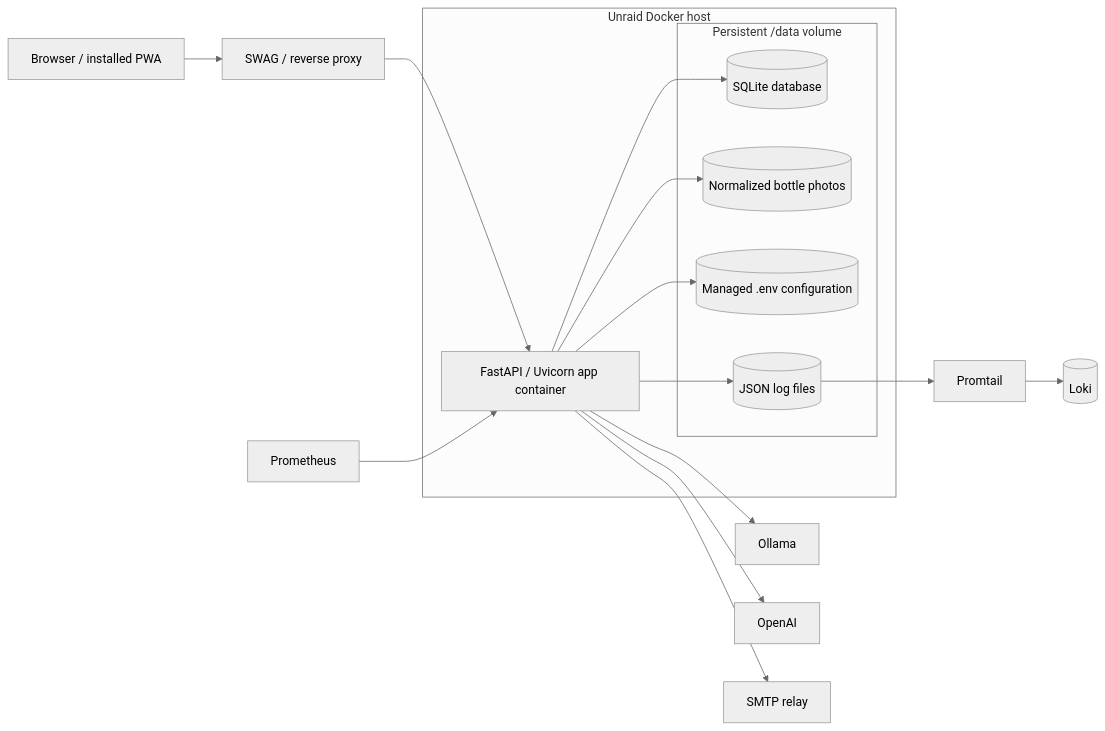
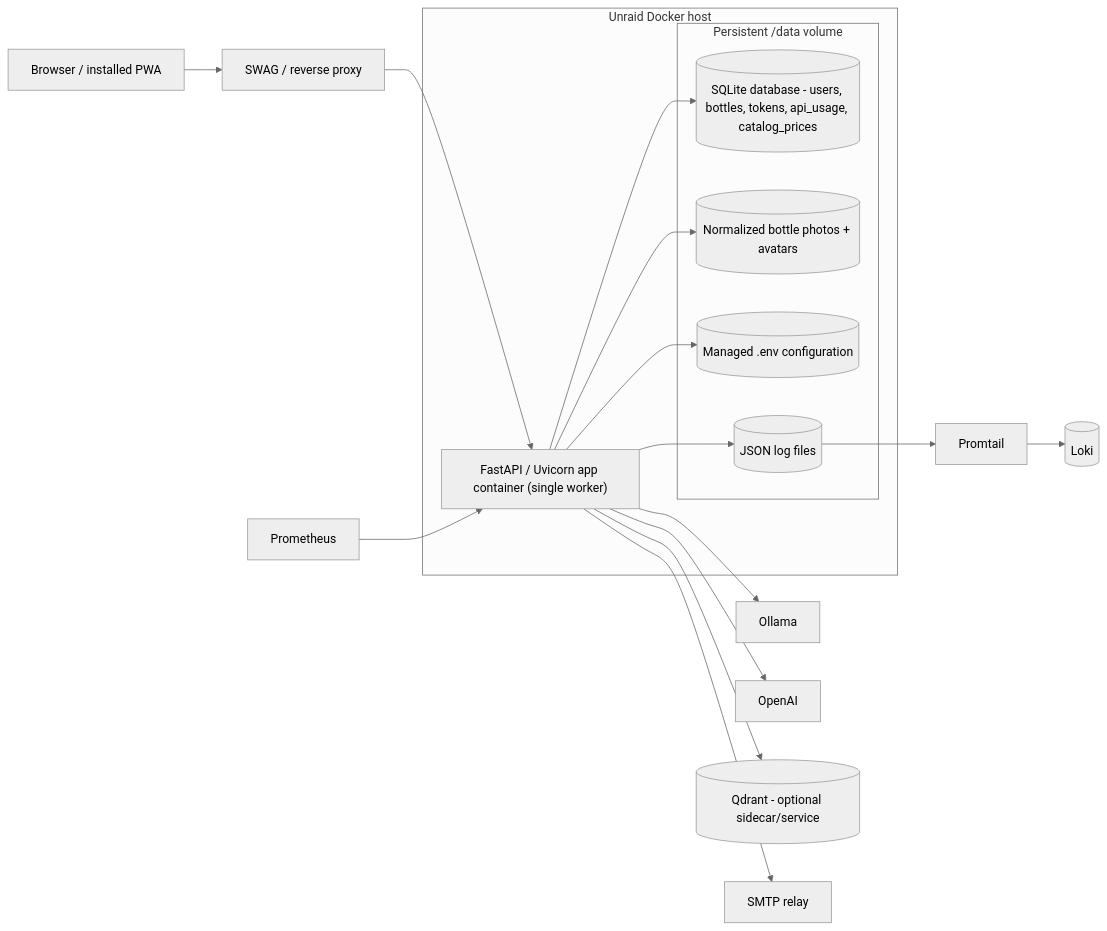
The diagram in docs/architecture/c2-containers.md (adhatcher-org/bourbonbook), drawn with Mermaid (neutral theme) before and after one commit. The commit also changed other lines of this file and 50 other files, not shown here.

````diff
--- a/docs/architecture/c2-containers.md
+++ b/docs/architecture/c2-containers.md
@@ -9,37 +10,39 @@
 ```mermaid
 flowchart LR
   browser[Browser / installed PWA]
   swag[SWAG / reverse proxy]
 
   subgraph docker["Unraid Docker host"]
-    app[FastAPI / Uvicorn app container]
+    app["FastAPI / Uvicorn app container (single worker)"]
 
     subgraph data["Persistent /data volume"]
-      sqlite[(SQLite database)]
-      uploads[(Normalized bottle photos)]
+      sqlite[(SQLite database - users, bottles, tokens, api_usage, catalog_prices)]
+      uploads[(Normalized bottle photos + avatars)]
       config[(Managed .env configuration)]
       logs[(JSON log files)]
     end
   end
 
   ollama[Ollama]
   openai[OpenAI]
+  qdrant[(Qdrant - optional sidecar/service)]
   smtp[SMTP relay]
   prometheus[Prometheus]
   promtail[Promtail]
   loki[(Loki)]
 
   browser --> swag --> app
 
   app --> sqlite
   app --> uploads
   app --> config
   app --> logs
 
   app --> ollama
   app --> openai
+  app --> qdrant
   app --> smtp
 
   prometheus --> app
   logs --> promtail --> loki
 ```
````
